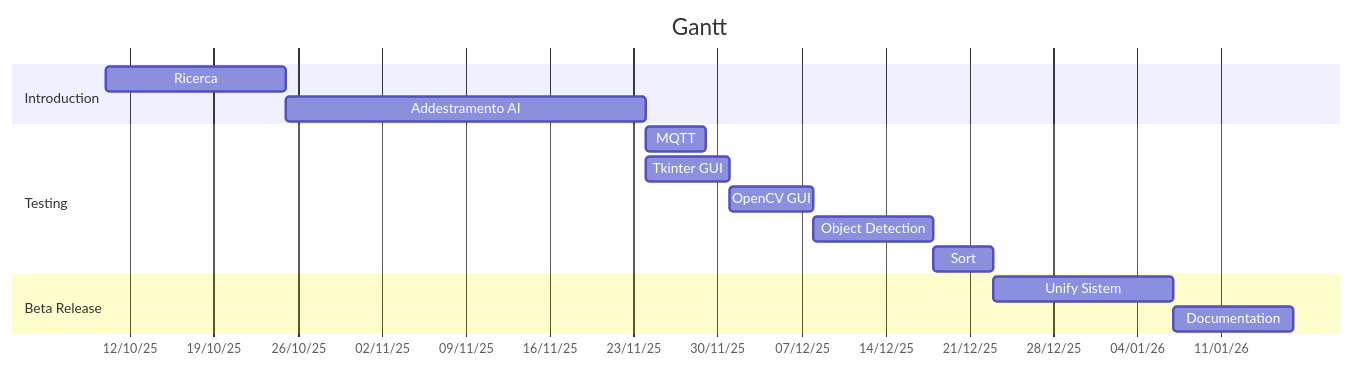
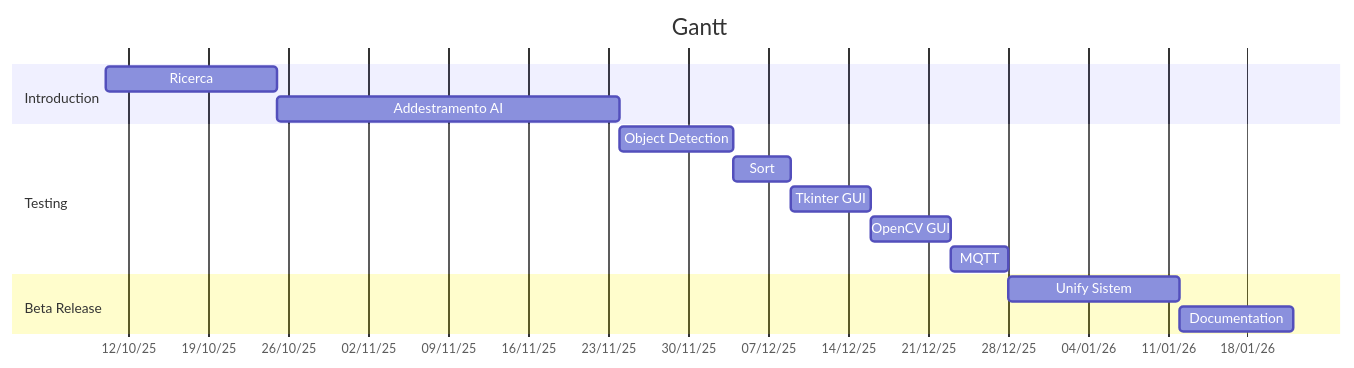
Before and after one commit to riccardosemeraro/B.O.S.S.-Branch-Bellusci-SSD300-VGG16: the sixth of 6 diagrams in README.md, drawn with Mermaid. The commit also changed other lines of this file, not shown here.

````diff
--- a/README.md
+++ b/README.md
@@ -495,23 +497,23 @@
 ```mermaid
 gantt
     title Gantt
     dateFormat  YYYY-MM-DD
     axisFormat %d/%m/%y
     todayMarker off
     
     section Introduction
         Ricerca : a1, 2025-10-10, 15d
         Addestramento AI: a2, after a1, 30d
     
     section Testing
-        MQTT : p1, after a2, 5d
-        Tkinter GUI : p2, after a2, 7d
+        Object Detection: p4, after a2, 10d
+        Sort: p5, after p4, 5d
+        Tkinter GUI : p2, after p5, 7d
         OpenCV GUI : p3, after p2, 7d
-        Object Detection: p4, after p3, 10d
-        Sort: p5, after p4, 5d
+        MQTT : p1, after p3, 5d
     
     section Beta Release
-        Unify Sistem : b1, after p5, 15d
+        Unify Sistem : b1, after p1, 15d
         Documentation: after b1, 10d
     
 ```
````
